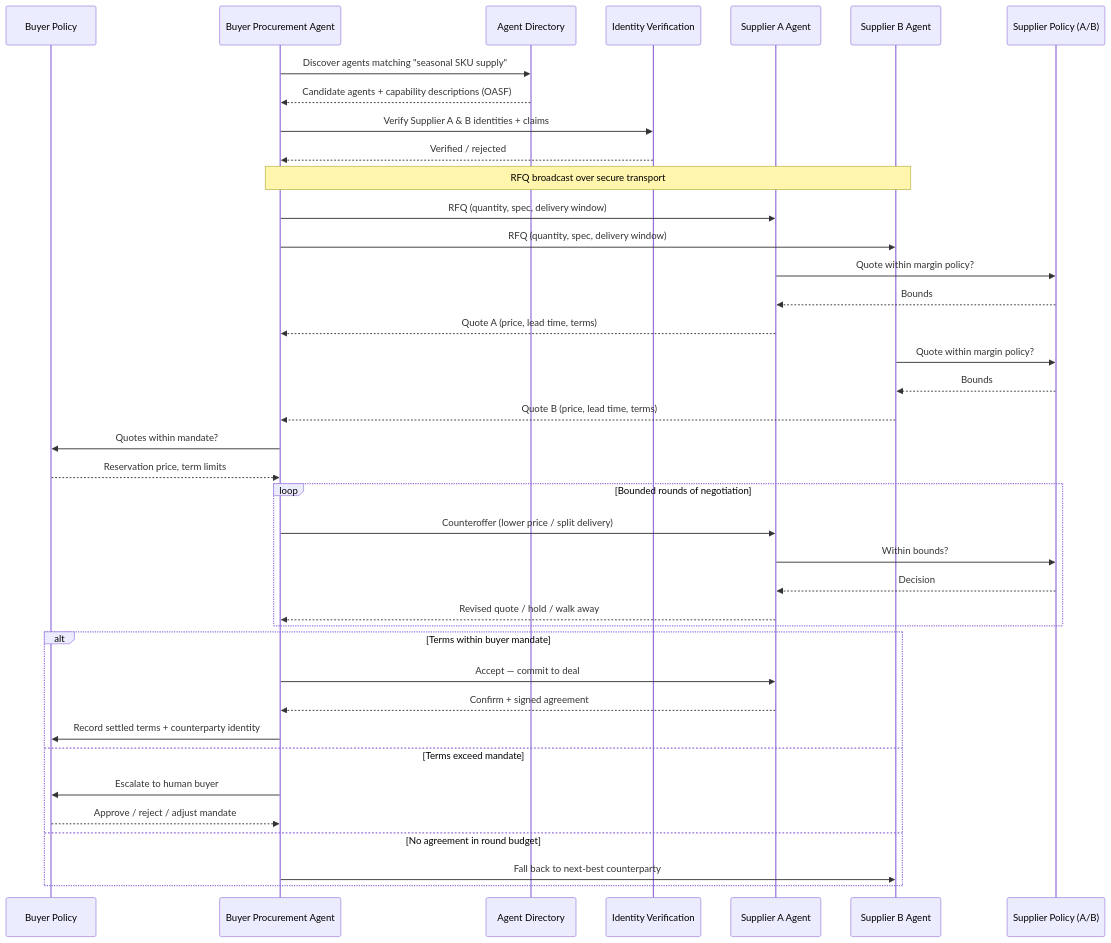
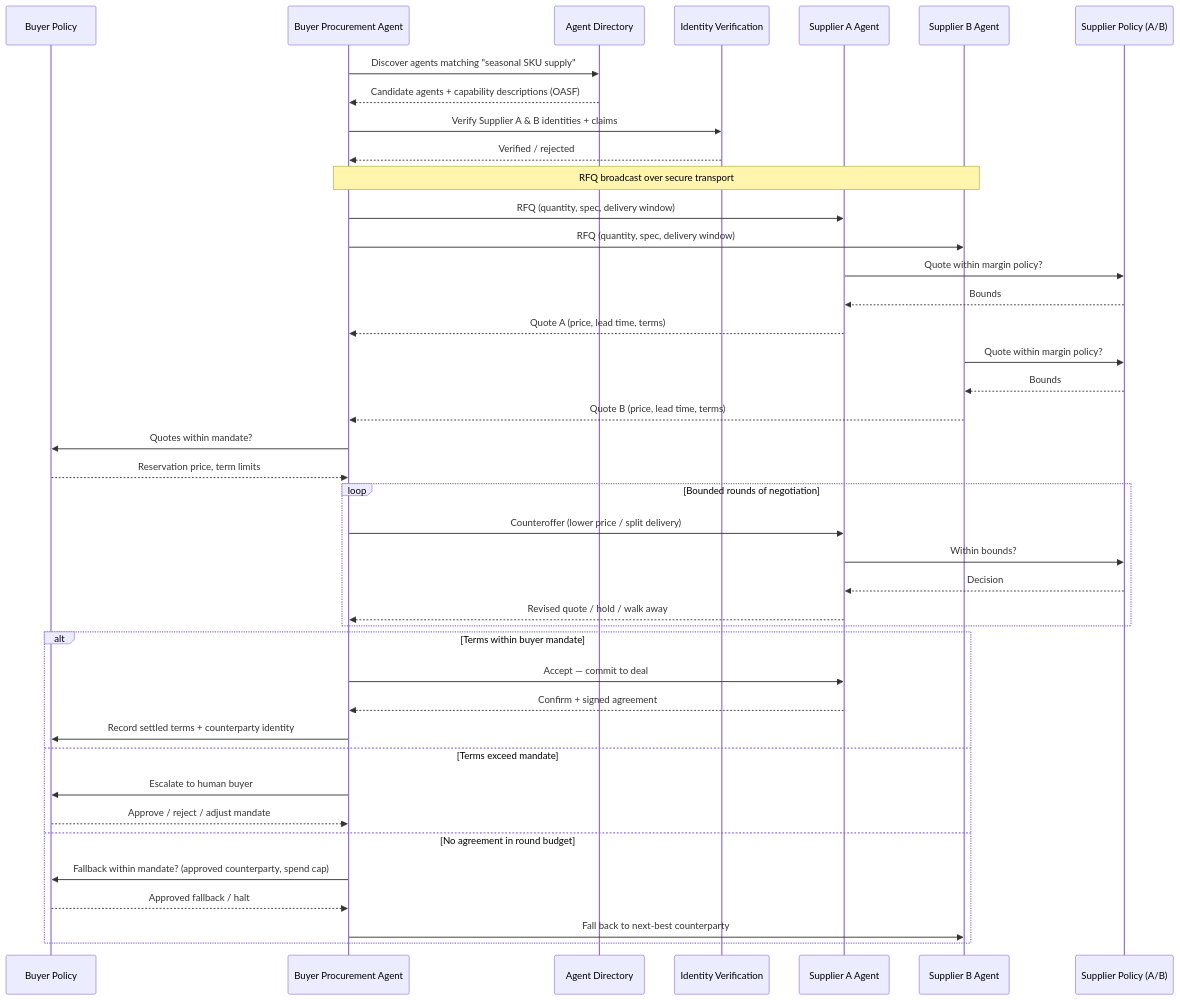
One commit to machalliance/wg-enterprise-agent-architecture changed the second of 2 diagrams in deliverables/what-is-an-agent/bucket-5-collaborating-self-directed-agents.md. Above: the diagram before and after it, drawn with Mermaid. The commit also changed other lines of this file, not shown here.

Commit message:
Update bucket 5 to include clearer policy guardrail. (#18)

````diff
--- a/deliverables/what-is-an-agent/bucket-5-collaborating-self-directed-agents.md
+++ b/deliverables/what-is-an-agent/bucket-5-collaborating-self-directed-agents.md
@@ -128,48 +128,50 @@
 ```mermaid
 sequenceDiagram
     participant BP as Buyer Policy
     participant B as Buyer Procurement Agent
     participant Dir as Agent Directory
     participant IdV as Identity Verification
     participant SA as Supplier A Agent
     participant SB as Supplier B Agent
     participant SP as Supplier Policy (A/B)
 
     B->>Dir: Discover agents matching "seasonal SKU supply"
     Dir-->>B: Candidate agents + capability descriptions (OASF)
 
     B->>IdV: Verify Supplier A & B identities + claims
     IdV-->>B: Verified / rejected
 
     Note over B,SB: RFQ broadcast over secure transport
     B->>SA: RFQ (quantity, spec, delivery window)
     B->>SB: RFQ (quantity, spec, delivery window)
 
     SA->>SP: Quote within margin policy?
     SP-->>SA: Bounds
     SA-->>B: Quote A (price, lead time, terms)
     SB->>SP: Quote within margin policy?
     SP-->>SB: Bounds
     SB-->>B: Quote B (price, lead time, terms)
 
     B->>BP: Quotes within mandate?
     BP-->>B: Reservation price, term limits
 
     loop Bounded rounds of negotiation
         B->>SA: Counteroffer (lower price / split delivery)
         SA->>SP: Within bounds?
         SP-->>SA: Decision
         SA-->>B: Revised quote / hold / walk away
     end
 
     alt Terms within buyer mandate
         B->>SA: Accept — commit to deal
         SA-->>B: Confirm + signed agreement
         B->>BP: Record settled terms + counterparty identity
     else Terms exceed mandate
         B->>BP: Escalate to human buyer
         BP-->>B: Approve / reject / adjust mandate
     else No agreement in round budget
+        B->>BP: Fallback within mandate? (approved counterparty, spend cap)
+        BP-->>B: Approved fallback / halt
         B->>SB: Fall back to next-best counterparty
     end
 ```
````
